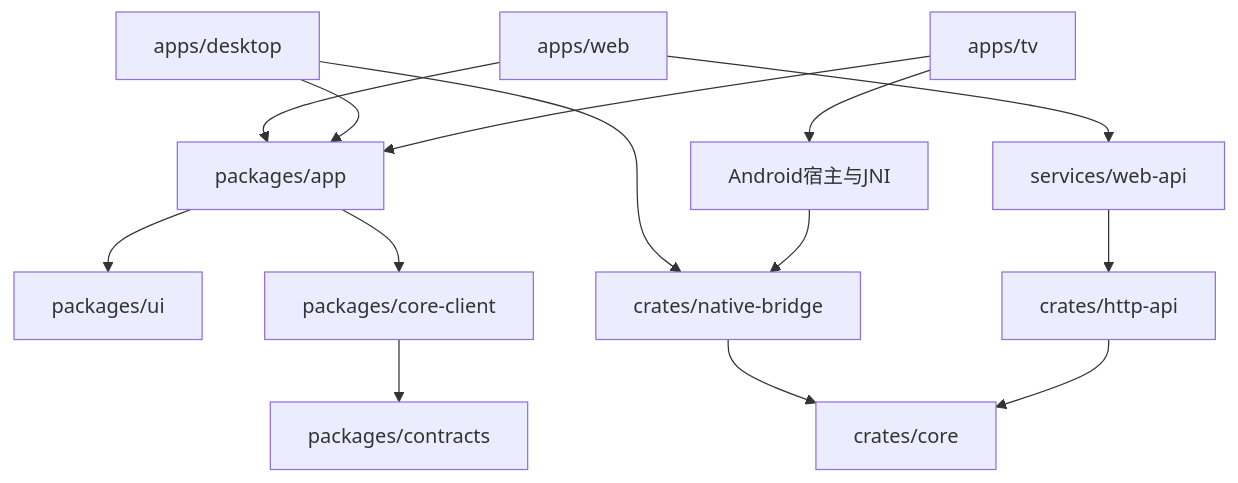
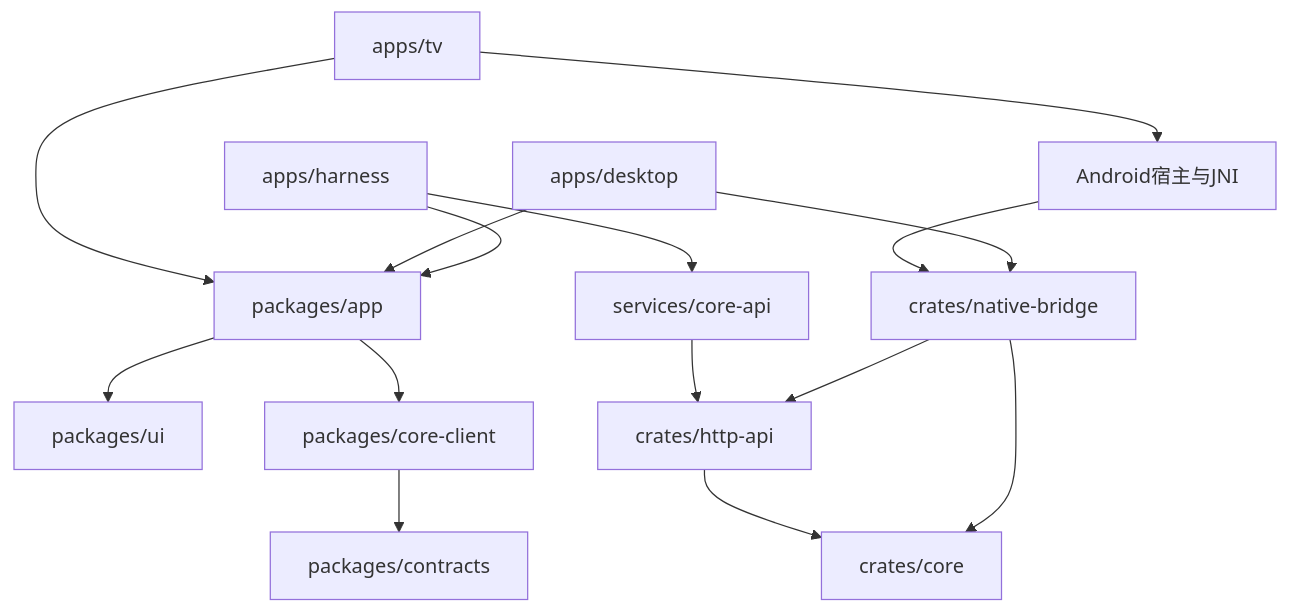
One commit to bijinfeng/hongguo-tv changed the diagram in ARCHITECTURE.md. Above: the diagram before and after it, drawn with Mermaid. The commit also changed other lines of this file and 133 other files, not shown here.

First line of the commit message:
refactor: drop the web client and keep its test harness (#25)

````diff
--- a/ARCHITECTURE.md
+++ b/ARCHITECTURE.md
@@ -39,16 +40,17 @@
 ```mermaid
 flowchart TD
-  Web[apps/web] --> App[packages/app]
+  Harness[apps/harness] --> App[packages/app]
   Desktop[apps/desktop] --> App
   TV[apps/tv] --> App
   App --> UI[packages/ui]
   App --> Client[packages/core-client]
   Client --> Contracts[packages/contracts]
   Desktop --> Bridge[crates/native-bridge]
   TV --> Android[Android宿主与JNI]
   Android --> Bridge
   Bridge --> Core[crates/core]
-  Web --> API[services/web-api]
-  API --> HTTP[crates/http-api]
+  Bridge --> HTTP[crates/http-api]
+  Harness --> API[services/core-api]
+  API --> HTTP
   HTTP --> Core
 ```
````
